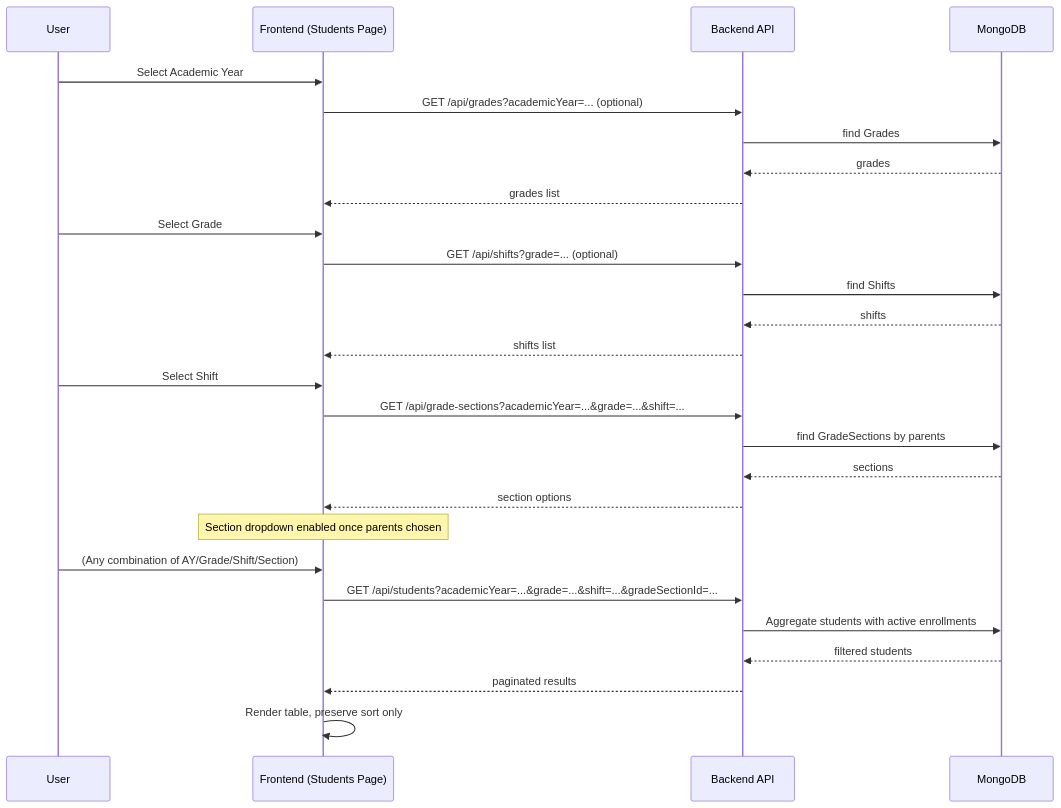
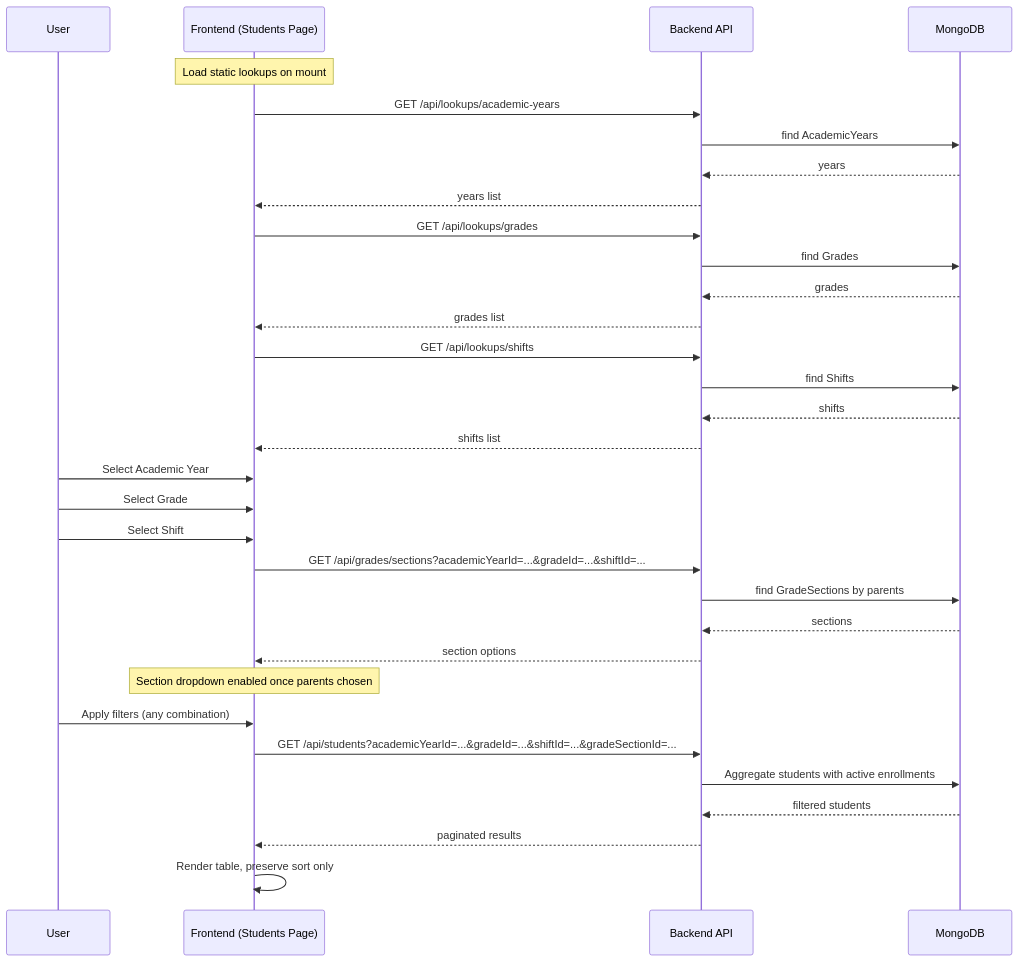
One commit to khays62/nuuru-al-bayaan changed the fourth of 6 diagrams in docs/DIAGRAMS.md. Above: the diagram before and after it, drawn with Mermaid. The commit also changed other lines of this file and 34 other files, not shown here.

````diff
--- a/docs/DIAGRAMS.md
+++ b/docs/DIAGRAMS.md
@@ -114,34 +138,40 @@
 ```mermaid
 sequenceDiagram
   participant U as User
   participant FE as Frontend (Students Page)
   participant API as Backend API
   participant DB as MongoDB
 
-  U->>FE: Select Academic Year
-  FE->>API: GET /api/grades?academicYear=... (optional)
+  note over FE: Load static lookups on mount
+  FE->>API: GET /api/lookups/academic-years
+  API->>DB: find AcademicYears
+  DB-->>API: years
+  API-->>FE: years list
+
+  FE->>API: GET /api/lookups/grades
   API->>DB: find Grades
   DB-->>API: grades
   API-->>FE: grades list
 
-  U->>FE: Select Grade
-  FE->>API: GET /api/shifts?grade=... (optional)
+  FE->>API: GET /api/lookups/shifts
   API->>DB: find Shifts
   DB-->>API: shifts
   API-->>FE: shifts list
 
+  U->>FE: Select Academic Year
+  U->>FE: Select Grade
   U->>FE: Select Shift
-  FE->>API: GET /api/grade-sections?academicYear=...&grade=...&shift=...
+  FE->>API: GET /api/grades/sections?academicYearId=...&gradeId=...&shiftId=...
   API->>DB: find GradeSections by parents
   DB-->>API: sections
   API-->>FE: section options
 
   note over FE: Section dropdown enabled once parents chosen
 
-  U->>FE: (Any combination of AY/Grade/Shift/Section)
-  FE->>API: GET /api/students?academicYear=...&grade=...&shift=...&gradeSectionId=...
+  U->>FE: Apply filters (any combination)
+  FE->>API: GET /api/students?academicYearId=...&gradeId=...&shiftId=...&gradeSectionId=...
   API->>DB: Aggregate students with active enrollments
   DB-->>API: filtered students
   API-->>FE: paginated results
   FE->>FE: Render table, preserve sort only
 ```
````
